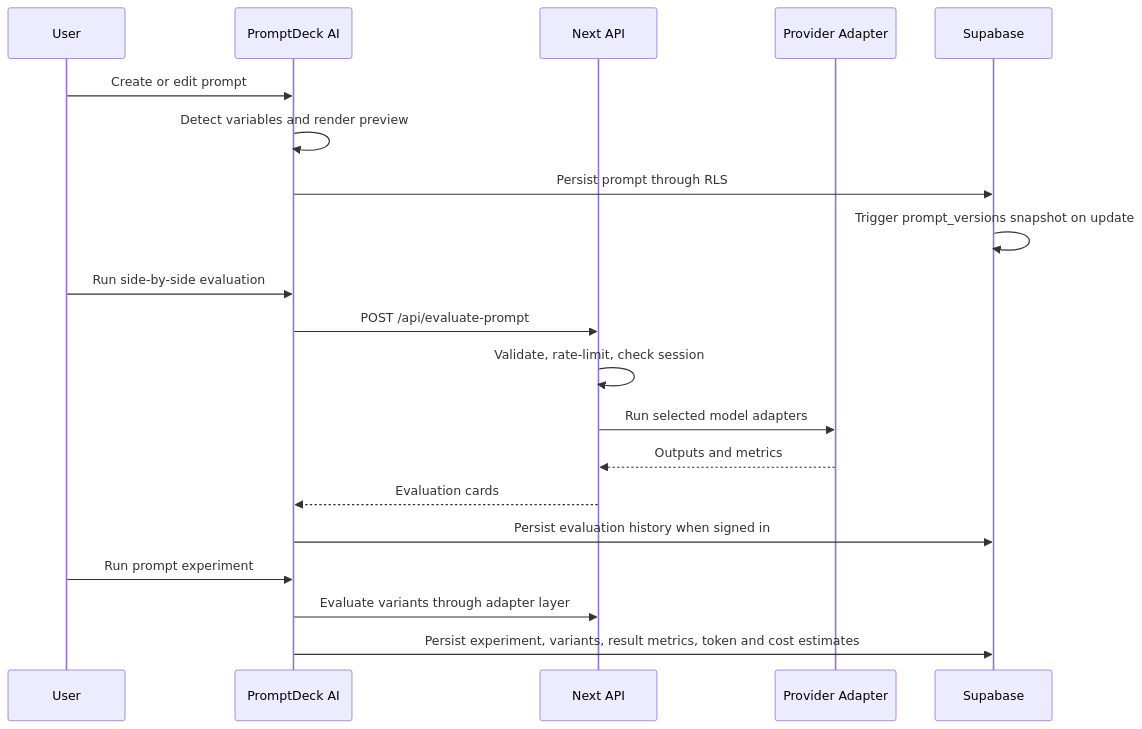
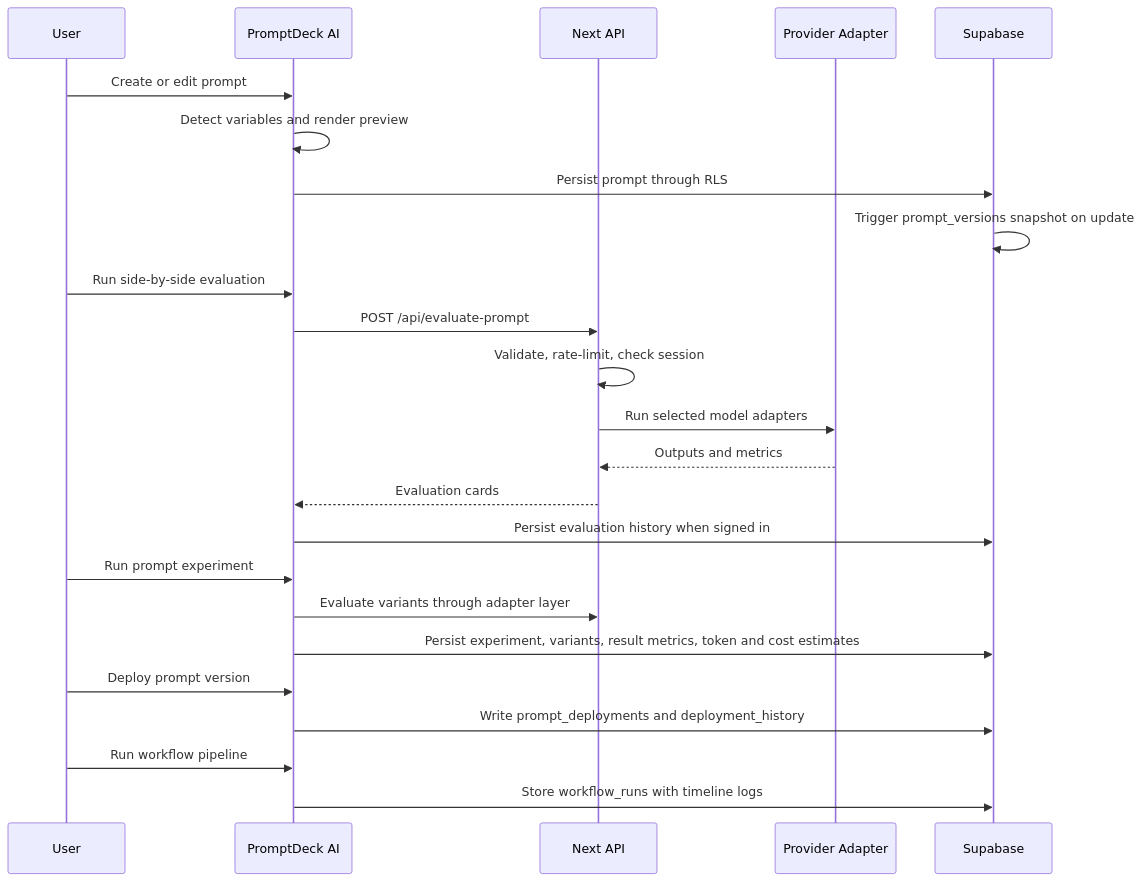
Before and after one commit to obone410/AI-Prompt-Management-Platform: the second of 4 diagrams in docs/ARCHITECTURE.md, drawn with Mermaid. The commit also changed other lines of this file and 19 other files, not shown here.

Commit message:
Upgrade PromptDeck AI to workflow OS v2

````diff
--- a/docs/ARCHITECTURE.md
+++ b/docs/ARCHITECTURE.md
@@ -37,23 +42,27 @@
 ```mermaid
 sequenceDiagram
   participant User
   participant UI as PromptDeck AI
   participant API as Next API
   participant AI as Provider Adapter
   participant DB as Supabase
 
   User->>UI: Create or edit prompt
   UI->>UI: Detect variables and render preview
   UI->>DB: Persist prompt through RLS
   DB->>DB: Trigger prompt_versions snapshot on update
   User->>UI: Run side-by-side evaluation
   UI->>API: POST /api/evaluate-prompt
   API->>API: Validate, rate-limit, check session
   API->>AI: Run selected model adapters
   AI-->>API: Outputs and metrics
   API-->>UI: Evaluation cards
   UI->>DB: Persist evaluation history when signed in
   User->>UI: Run prompt experiment
   UI->>API: Evaluate variants through adapter layer
   UI->>DB: Persist experiment, variants, result metrics, token and cost estimates
+  User->>UI: Deploy prompt version
+  UI->>DB: Write prompt_deployments and deployment_history
+  User->>UI: Run workflow pipeline
+  UI->>DB: Store workflow_runs with timeline logs
 ```
````
